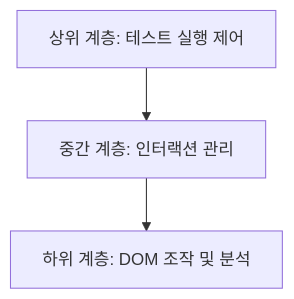
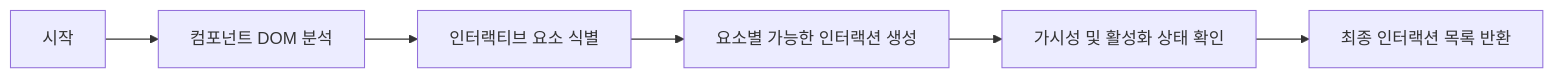
One commit to YahngSungho/Monorepo changed the third of 8 diagrams in storybook/e2e/universal-testers.md. Above: the diagram before and after it, drawn with Mermaid. The commit also changed other lines of this file and 3 other files, not shown here.

First line of the commit message:
feat: Storybook UI 컴포넌트 테스트 기능 개선

````diff
--- a/storybook/e2e/universal-testers.md
+++ b/storybook/e2e/universal-testers.md
@@ -28,5 +128,8 @@
 ```mermaid
-flowchart TD
-    A[상위 계층: 테스트 실행 제어] --> B[중간 계층: 인터랙션 관리]
-    B --> C[하위 계층: DOM 조작 및 분석]
+flowchart LR
+    A[시작] --> B[컴포넌트 DOM 분석]
+    B --> C[인터랙티브 요소 식별]
+    C --> D[요소별 가능한 인터랙션 생성]
+    D --> E[가시성 및 활성화 상태 확인]
+    E --> F[최종 인터랙션 목록 반환]
 ```
````
